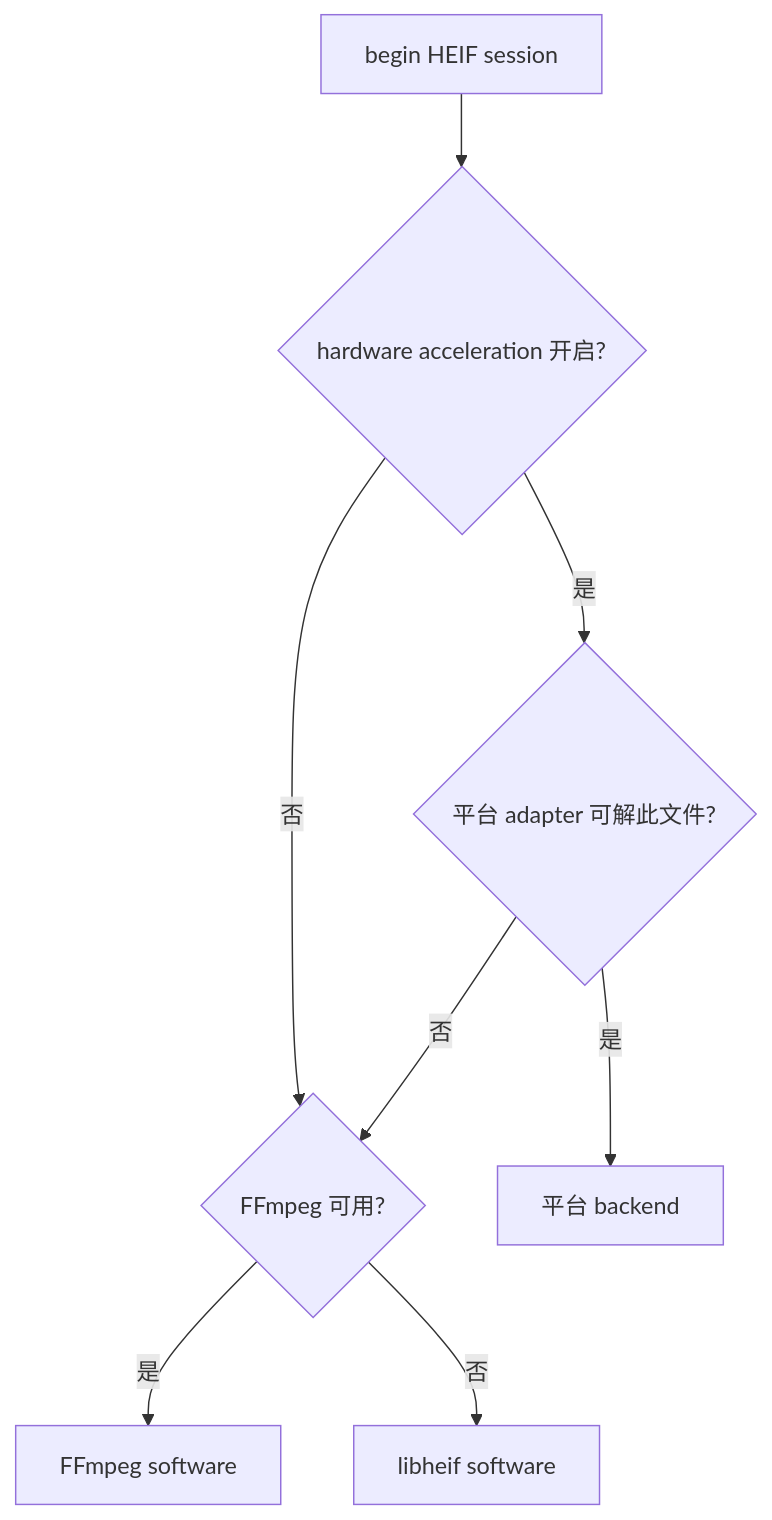
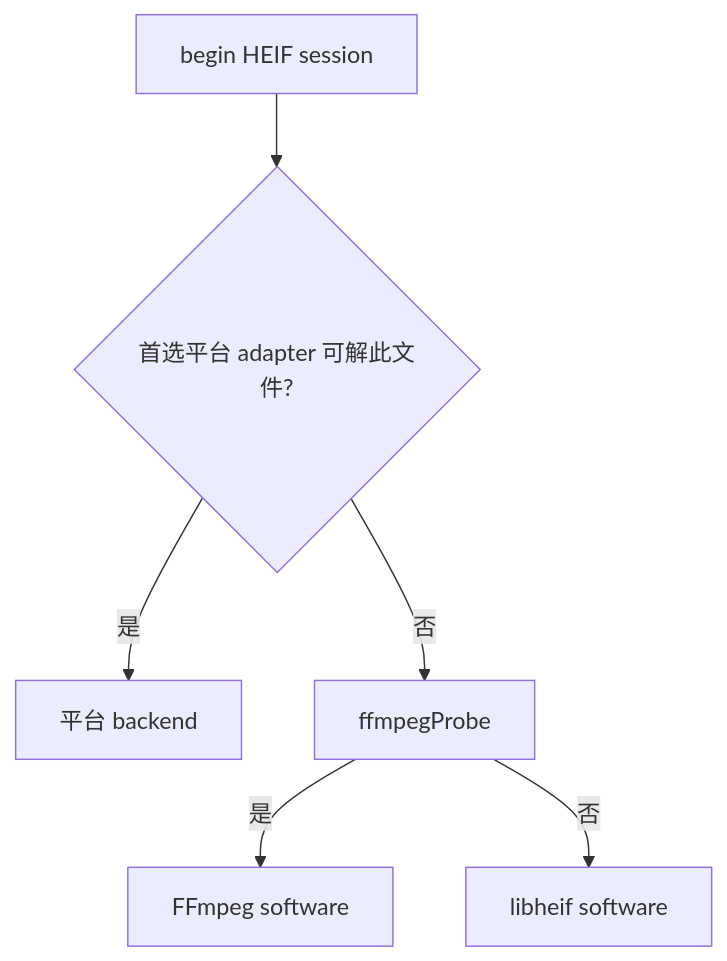
The fourth of 4 diagrams in docs/architecture/04-heif-tile-session.md (oxygenkun/oxyviewer), drawn with Mermaid before and after one commit. The commit also changed other lines of this file and 53 other files, not shown here.

````diff
--- a/docs/architecture/04-heif-tile-session.md
+++ b/docs/architecture/04-heif-tile-session.md
@@ -176,10 +175,8 @@
 ```mermaid
 flowchart TD
-    begin["begin HEIF session"] --> enabled{hardware acceleration 开启?}
-    enabled -->|是| platformProbe{平台 adapter 可解此文件?}
-    enabled -->|否| ffmpegProbe{FFmpeg 可用?}
+    begin["begin HEIF session"] --> platformProbe{首选平台 adapter 可解此文件?}
     platformProbe -->|是| platformBackend["平台 backend"]
     platformProbe -->|否| ffmpegProbe
     ffmpegProbe -->|是| ffmpegBackend["FFmpeg software"]
     ffmpegProbe -->|否| libheifBackend["libheif software"]
 ```
````
